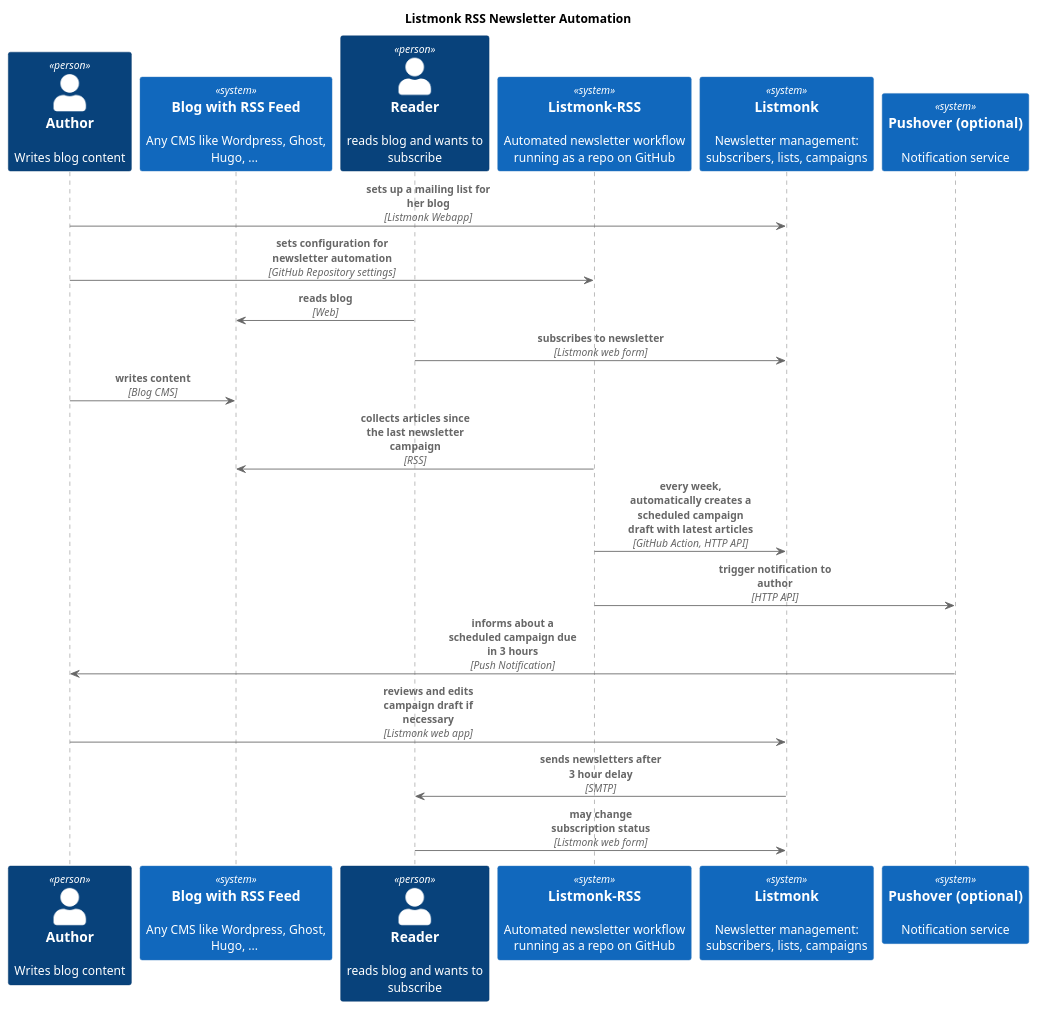
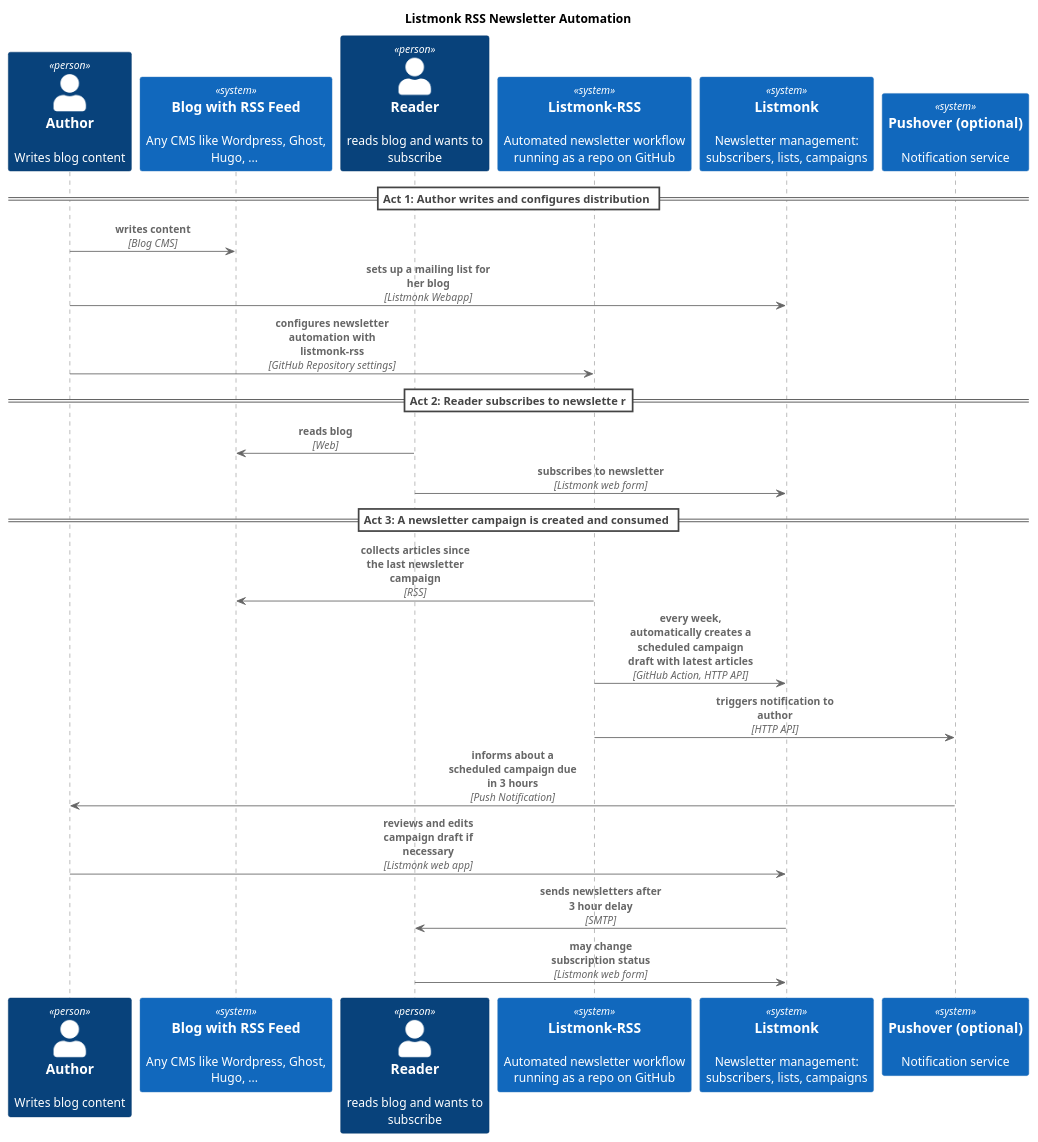
Before and after one commit to ping13/listmonk-rss: the diagram in assets/C4/sequence_diagram.puml, drawn with PlantUML. The commit also changed 1 other file, not shown here.

Commit message:
docs: Update sequence diagram for newsletter automation flow

```diff
--- a/assets/C4/sequence_diagram.puml
+++ b/assets/C4/sequence_diagram.puml
@@ -1,34 +1,40 @@
 @startuml
 !include https://raw.githubusercontent.com/plantuml-stdlib/C4-PlantUML/master/C4_Sequence.puml
 
 title Listmonk RSS Newsletter Automation 
 
 SHOW_ELEMENT_DESCRIPTIONS()
 SHOW_FOOT_BOXES()
 
 ' Define actors and systems
 Person(author, "Author", "Writes blog content")
 System(blog, "Blog with RSS Feed", "Any CMS like Wordpress, Ghost, Hugo, ... ")
 Person(subscriber, "Reader", "reads blog and wants to subscribe")
 System(newsletter, "Listmonk-RSS", "Automated newsletter workflow running as a repo on GitHub")
 System(listmonk, "Listmonk", "Newsletter management: subscribers, lists, campaigns")
 System(pushover, "Pushover (optional)", "Notification service")
 
 
 ' Seqeunce as relationships
+== Act 1: Author writes and configures distribution ==
+
+Rel(author, blog, "writes content", "Blog CMS")
 Rel(author, listmonk, "sets up a mailing list for her blog", "Listmonk Webapp")
-Rel(author, newsletter, "sets configuration for newsletter automation", "GitHub Repository settings")
+Rel(author, newsletter, "configures newsletter automation with listmonk-rss", "GitHub Repository settings")
+
+== Act 2: Reader subscribes to newslette r==
+
 Rel(subscriber, blog, "reads blog", "Web")
 Rel(subscriber, listmonk, "subscribes to newsletter", "Listmonk web form")
-Rel(author, blog, "writes content", "Blog CMS")
+
+== Act 3: A newsletter campaign is created and consumed ==
 
 Rel(newsletter, blog, "collects articles since the last newsletter campaign", "RSS")
 Rel(newsletter, listmonk, "every week, automatically creates a scheduled campaign draft with latest articles", "GitHub Action, HTTP API")
-Rel(newsletter, pushover, "trigger notification to author", "HTTP API")
+Rel(newsletter, pushover, "triggers notification to author", "HTTP API")
 Rel(pushover, author, "informs about a scheduled campaign due in 3 hours", "Push Notification")
 Rel(author, listmonk, "reviews and edits campaign draft if necessary", "Listmonk web app")
 Rel(listmonk, subscriber, "sends newsletters after 3 hour delay", "SMTP")
 Rel(subscriber, listmonk, "may change subscription status", "Listmonk web form")
 
-
 @enduml
```
